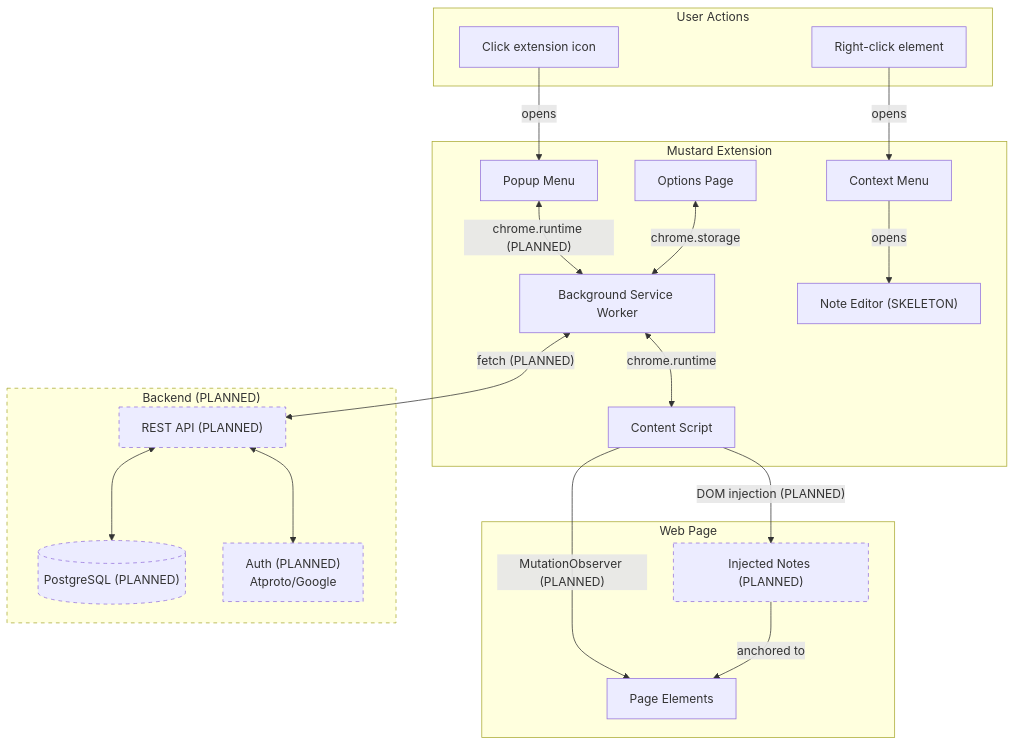
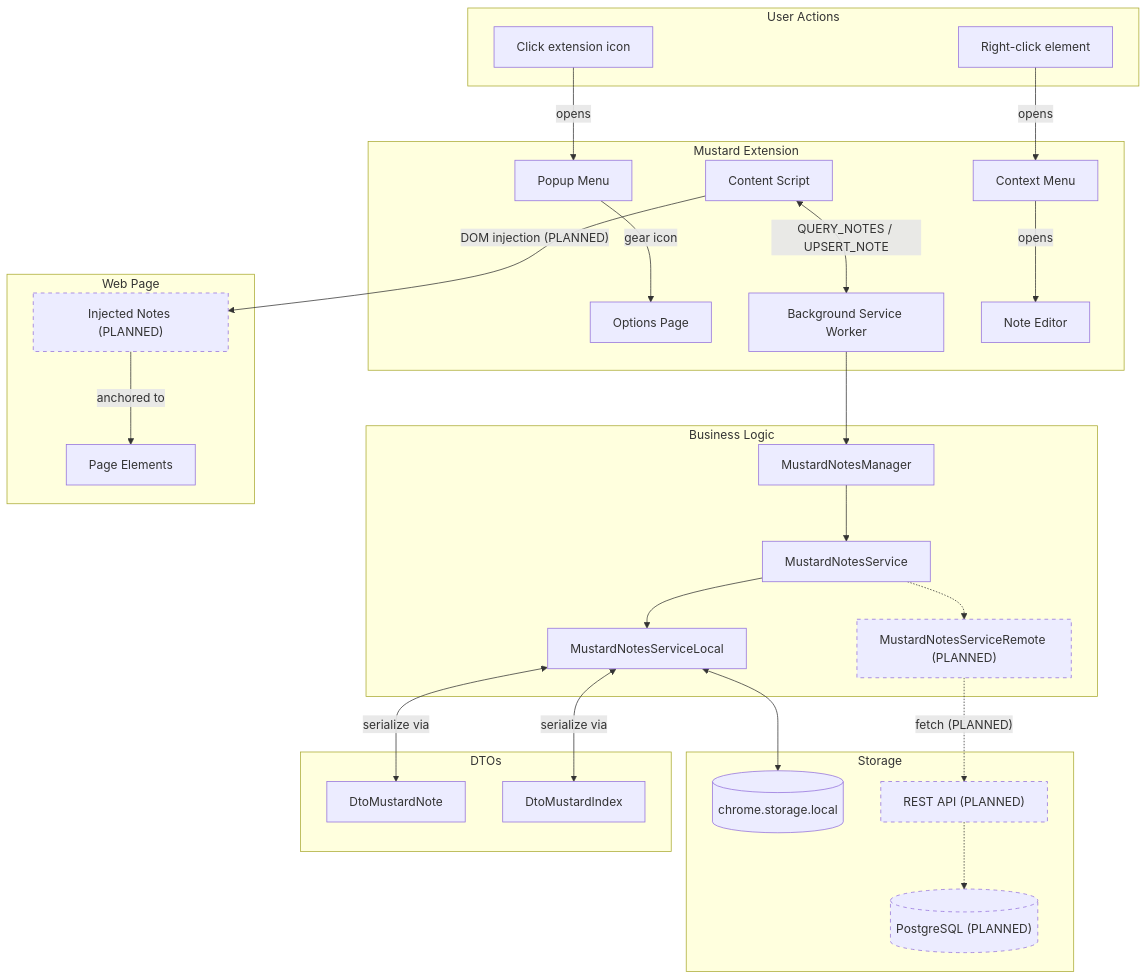
One commit to fettstorch/mustard changed the diagram in PROGRESS.md. Above: the diagram before and after it, drawn with Mermaid. The commit also changed other lines of this file and 20 other files, not shown here.

First line of the commit message:
feat: local storage backend for mustard notes

````diff
--- a/PROGRESS.md
+++ b/PROGRESS.md
@@ -7,49 +7,65 @@
 ```mermaid
 flowchart TB
     subgraph User["User Actions"]
         Click["Click extension icon"]
         RightClick["Right-click element"]
     end
 
     subgraph Extension["Mustard Extension"]
         Popup["Popup Menu"]
         Options["Options Page"]
         BG["Background Service Worker"]
         CS["Content Script"]
         CtxMenu["Context Menu"]
-        NoteEditor["Note Editor (SKELETON)"]
+        NoteEditor["Note Editor"]
+    end
+
+    subgraph Business["Business Logic"]
+        Manager["MustardNotesManager"]
+        ServiceInterface["MustardNotesService"]
+        LocalService["MustardNotesServiceLocal"]
+        RemoteService["MustardNotesServiceRemote (PLANNED)"]
+    end
+
+    subgraph Storage["Storage"]
+        ChromeStorage[("chrome.storage.local")]
+        API["REST API (PLANNED)"]
+        DB[("PostgreSQL (PLANNED)")]
+    end
+
+    subgraph DTOs["DTOs"]
+        DtoNote["DtoMustardNote"]
+        DtoIndex["DtoMustardIndex"]
     end
 
     subgraph Page["Web Page"]
         Elements["Page Elements"]
         Notes["Injected Notes (PLANNED)"]
     end
 
-    subgraph Backend["Backend (PLANNED)"]
-        API["REST API (PLANNED)"]
-        DB[("PostgreSQL (PLANNED)")]
-        Auth["Auth (PLANNED)<br/>Atproto/Google"]
-    end
-
     Click -->|"opens"| Popup
+    Popup -->|"gear icon"| Options
     RightClick -->|"opens"| CtxMenu
     CtxMenu -->|"opens"| NoteEditor
 
-    Popup <-->|"chrome.runtime (PLANNED)"| BG
-    Options <-->|"chrome.storage"| BG
-    BG <-->|"chrome.runtime"| CS
+    CS <-->|"QUERY_NOTES / UPSERT_NOTE"| BG
+    BG --> Manager
+    Manager --> ServiceInterface
+    ServiceInterface --> LocalService
+    ServiceInterface -.-> RemoteService
 
-    CS -->|"MutationObserver (PLANNED)"| Elements
+    LocalService <-->|"serialize via"| DtoNote
+    LocalService <-->|"serialize via"| DtoIndex
+    LocalService <--> ChromeStorage
+
+    RemoteService -.->|"fetch (PLANNED)"| API
+    API -.-> DB
+
     CS -->|"DOM injection (PLANNED)"| Notes
     Notes -->|"anchored to"| Elements
 
-    BG <-->|"fetch (PLANNED)"| API
-    API <--> DB
-    API <--> Auth
-
-    style Notes stroke-dasharray: 5 5
-    style Backend stroke-dasharray: 5 5
+    style RemoteService stroke-dasharray: 5 5
     style API stroke-dasharray: 5 5
     style DB stroke-dasharray: 5 5
-    style Auth stroke-dasharray: 5 5
+    style Notes stroke-dasharray: 5 5
 ```
````
